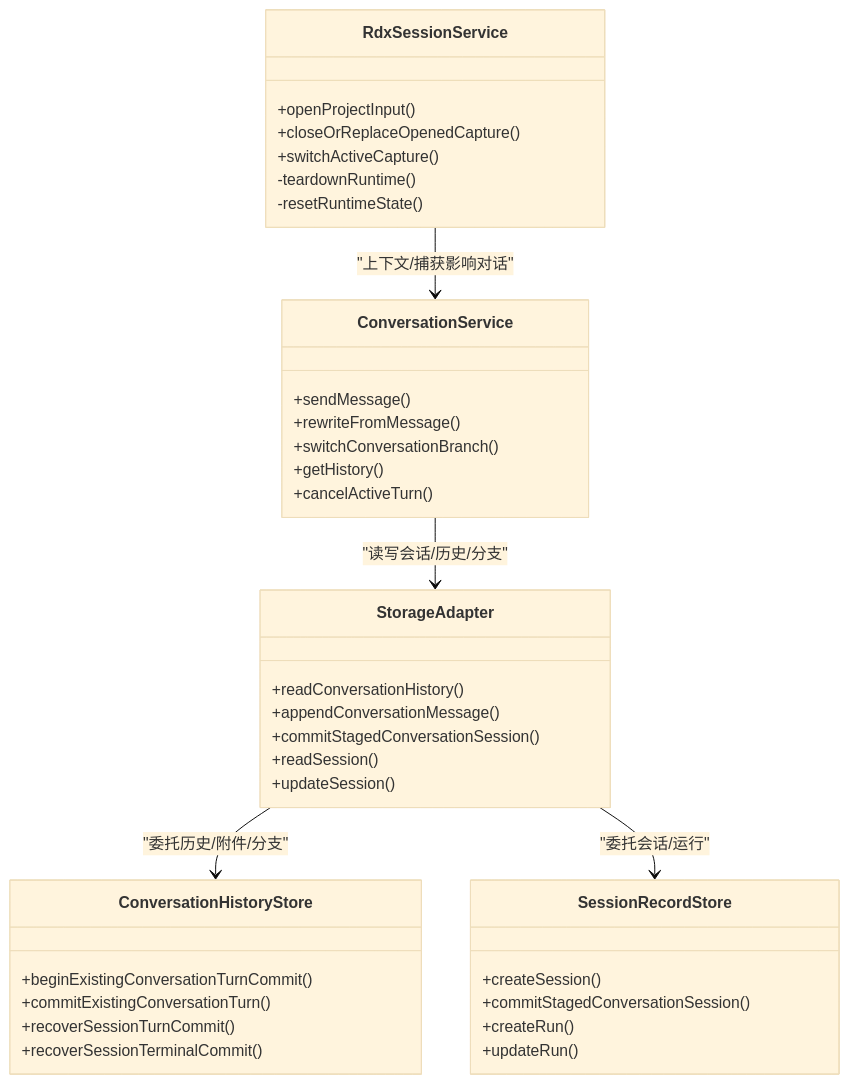
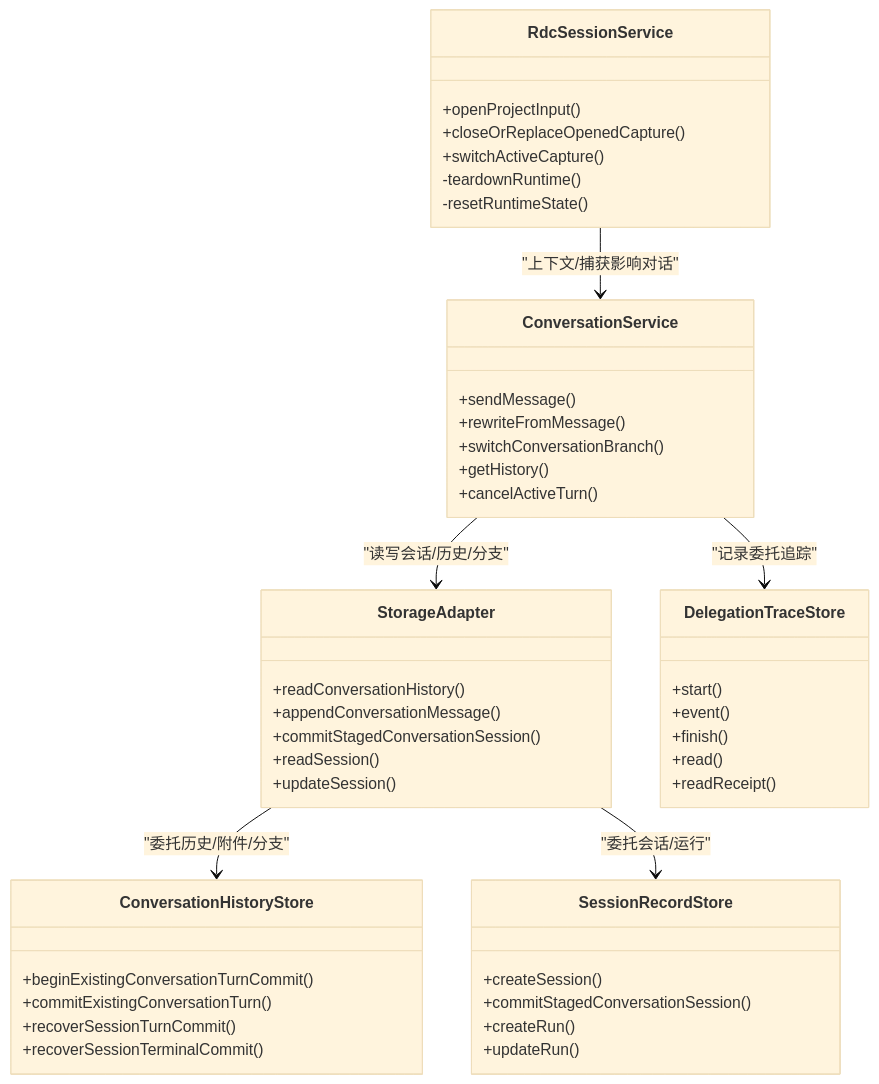
The eighth of 8 diagrams in .qoder/repowiki/zh/content/架构设计/主进程架构/会话管理系统.md (haolange/RDC-Agent), drawn with Mermaid (base theme) before and after one commit. The commit also changed other lines of this file and 25 other files, not shown here.

````diff
--- a/.qoder/repowiki/zh/content/架构设计/主进程架构/会话管理系统.md
+++ b/.qoder/repowiki/zh/content/架构设计/主进程架构/会话管理系统.md
@@ -271,40 +298,48 @@
 ```mermaid
 classDiagram
-class RdxSessionService {
+class RdcSessionService {
 +openProjectInput()
 +closeOrReplaceOpenedCapture()
 +switchActiveCapture()
 -teardownRuntime()
 -resetRuntimeState()
 }
 class ConversationService {
 +sendMessage()
 +rewriteFromMessage()
 +switchConversationBranch()
 +getHistory()
 +cancelActiveTurn()
 }
 class StorageAdapter {
 +readConversationHistory()
 +appendConversationMessage()
 +commitStagedConversationSession()
 +readSession()
 +updateSession()
 }
+class DelegationTraceStore {
++start()
++event()
++finish()
++read()
++readReceipt()
+}
 class ConversationHistoryStore {
 +beginExistingConversationTurnCommit()
 +commitExistingConversationTurn()
 +recoverSessionTurnCommit()
 +recoverSessionTerminalCommit()
 }
 class SessionRecordStore {
 +createSession()
 +commitStagedConversationSession()
 +createRun()
 +updateRun()
 }
-RdxSessionService --> ConversationService : "上下文/捕获影响对话"
+RdcSessionService --> ConversationService : "上下文/捕获影响对话"
 ConversationService --> StorageAdapter : "读写会话/历史/分支"
+ConversationService --> DelegationTraceStore : "记录委托追踪"
 StorageAdapter --> ConversationHistoryStore : "委托历史/附件/分支"
 StorageAdapter --> SessionRecordStore : "委托会话/运行"
 ```
````
